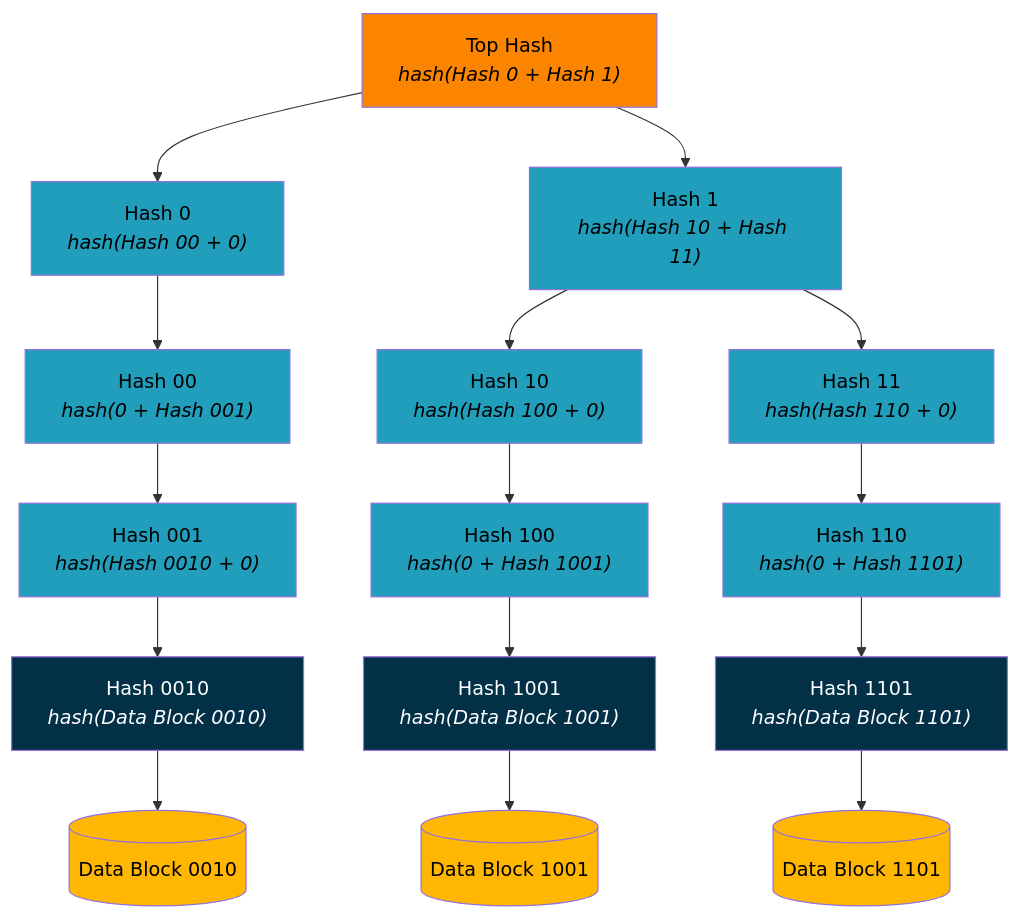
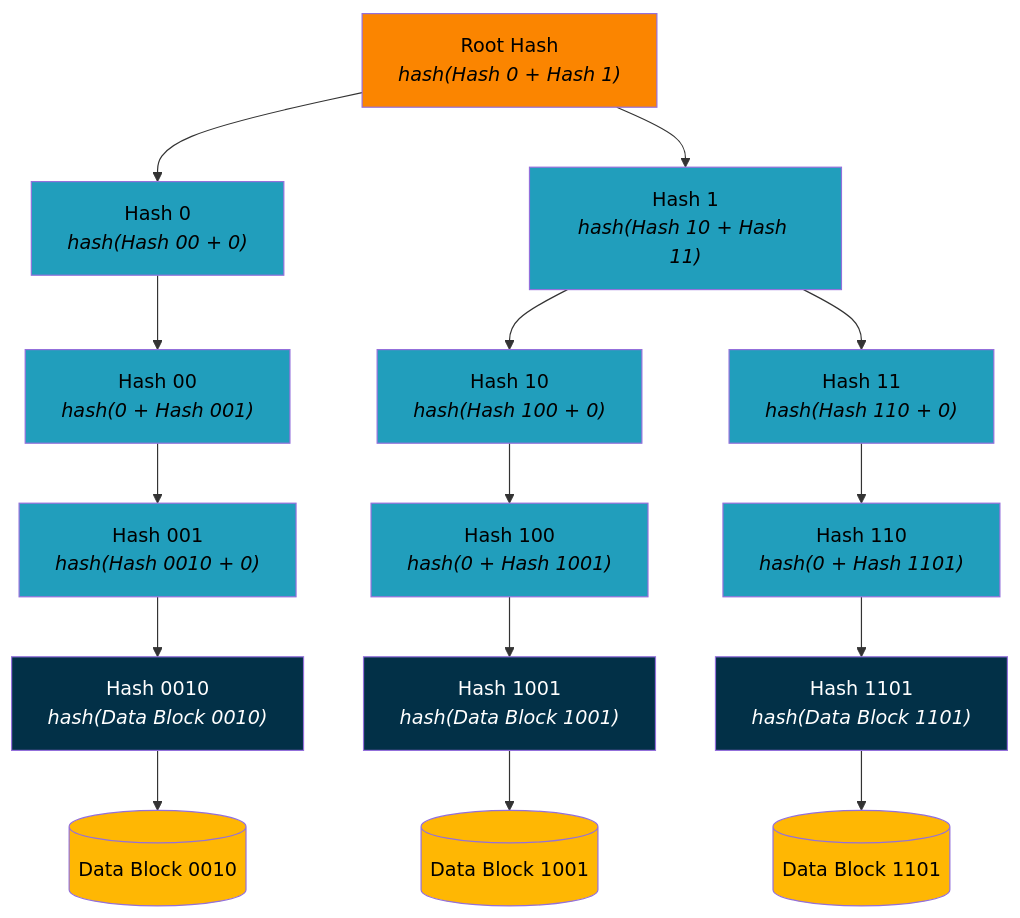
The second of 4 diagrams in chapters/Appendix-SMT.md (dcdpr/did-btc1), drawn with Mermaid before and after one commit. The commit also changed other lines of this file, not shown here.

Commit message:
Replaced top hash with root hash and intermediate hash with node hash.

````diff
--- a/chapters/Appendix-SMT.md
+++ b/chapters/Appendix-SMT.md
@@ -178,45 +178,45 @@
 ```mermaid
 flowchart TD
-    classDef topHash color:#000000,fill:#fb8500
-    classDef intermediateHash color:#000000,fill:#219ebc
+    classDef rootHash color:#000000,fill:#fb8500
+    classDef nodeHash color:#000000,fill:#219ebc
     classDef leafHash color:#ffffff,fill:#023047
     classDef dataBlock color:#000000,fill:#ffb703
 
-    TopHash["`Top Hash
-    *hash(Hash 0 + Hash 1)*`"]:::topHash
+    RootHash["`Root Hash
+    *hash(Hash 0 + Hash 1)*`"]:::rootHash
 
-    TopHash --> Hash0["`Hash 0
-    *hash(Hash 00 + 0)*`"]:::intermediateHash
-    TopHash --> Hash1["`Hash 1
-    *hash(Hash 10 + Hash 11)*`"]:::intermediateHash
+    RootHash --> Hash0["`Hash 0
+    *hash(Hash 00 + 0)*`"]:::nodeHash
+    RootHash --> Hash1["`Hash 1
+    *hash(Hash 10 + Hash 11)*`"]:::nodeHash
 
     Hash0 --> Hash00["`Hash 00
-    *hash(0 + Hash 001)*`"]:::intermediateHash
+    *hash(0 + Hash 001)*`"]:::nodeHash
 
     Hash1 --> Hash10["`Hash 10
-    *hash(Hash 100 + 0)*`"]:::intermediateHash
+    *hash(Hash 100 + 0)*`"]:::nodeHash
     Hash1 --> Hash11["`Hash 11
-    *hash(Hash 110 + 0)*`"]:::intermediateHash
+    *hash(Hash 110 + 0)*`"]:::nodeHash
 
     Hash00 --> Hash001["`Hash 001
-    *hash(Hash 0010 + 0)*`"]:::intermediateHash
+    *hash(Hash 0010 + 0)*`"]:::nodeHash
 
     Hash10 --> Hash100["`Hash 100
-    *hash(0 + Hash 1001)*`"]:::intermediateHash
+    *hash(0 + Hash 1001)*`"]:::nodeHash
 
     Hash11 --> Hash110["`Hash 110
-    *hash(0 + Hash 1101)*`"]:::intermediateHash
+    *hash(0 + Hash 1101)*`"]:::nodeHash
 
     Hash001 --> Hash0010["`Hash 0010
     *hash(Data Block 0010)*`"]:::leafHash
 
     Hash100 --> Hash1001["`Hash 1001
     *hash(Data Block 1001)*`"]:::leafHash
 
     Hash110 --> Hash1101["`Hash 1101
     *hash(Data Block 1101)*`"]:::leafHash
 
     Hash0010 --> DataBlock0010[("Data Block 0010")]:::dataBlock
     Hash1001 --> DataBlock1001[("Data Block 1001")]:::dataBlock
     Hash1101 --> DataBlock1101[("Data Block 1101")]:::dataBlock
 ```
````
